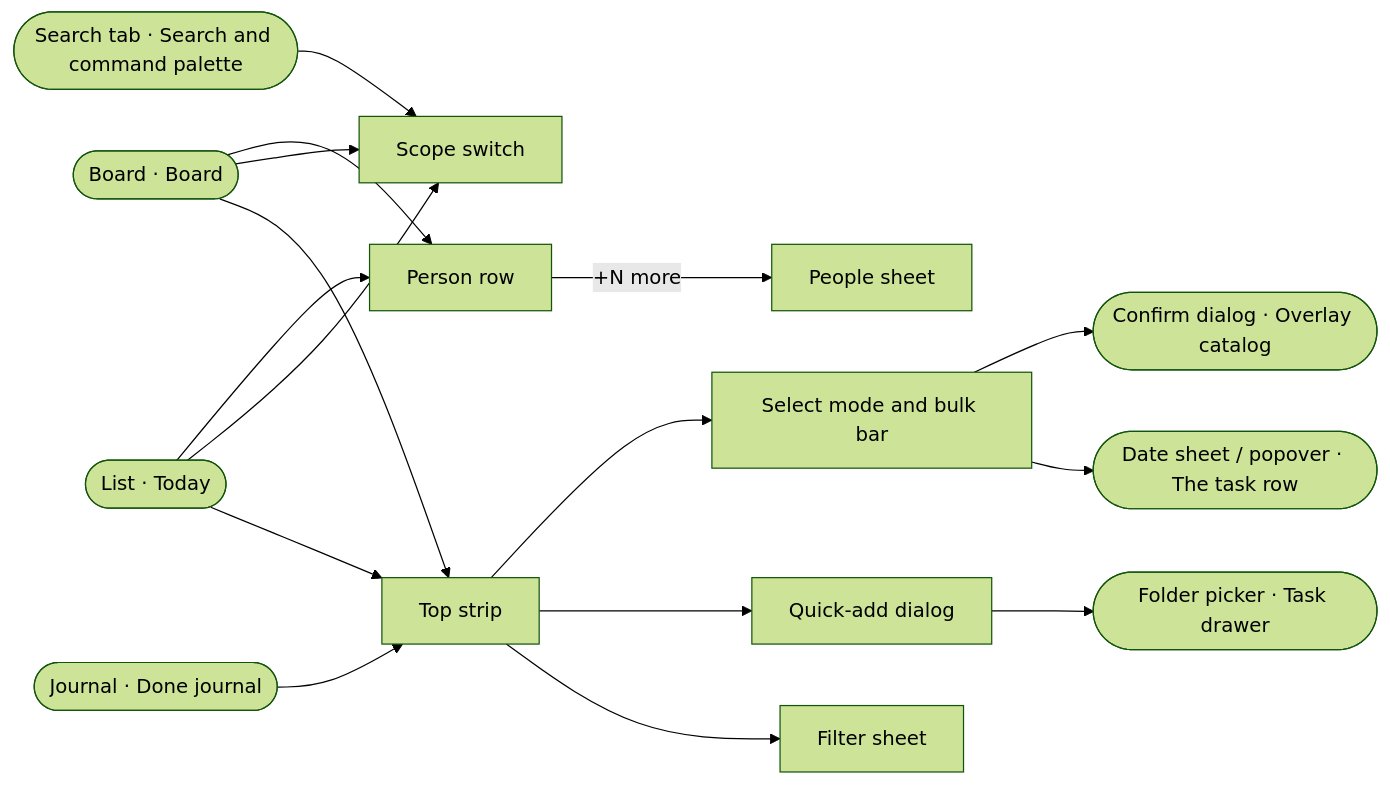
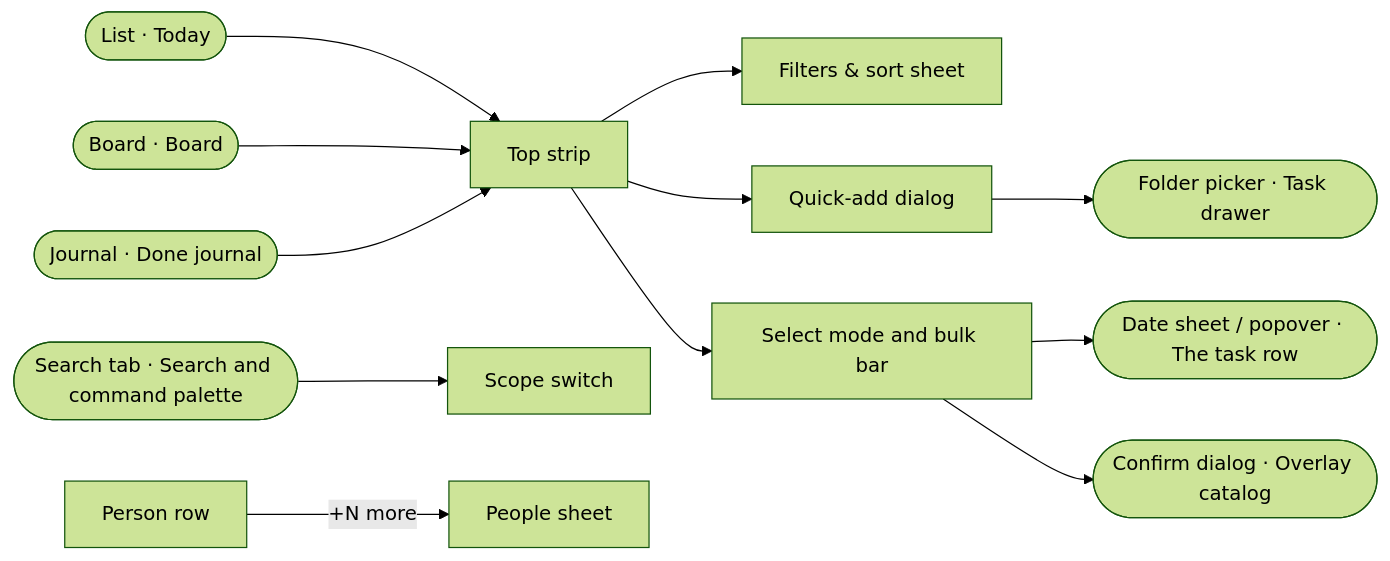
One commit to ferraroroberto/task-os changed the fourth of 12 diagrams in docs/ux-surface-map.md. Above: the diagram before and after it, drawn with Mermaid (forest theme). The commit also changed other lines of this file and 125 other files, not shown here.

First line of the commit message:
feat: Today and Board controls move into one Filters & sort sheet (part of #744) (#750)

````diff
--- a/docs/ux-surface-map.md
+++ b/docs/ux-surface-map.md
@@ -325,32 +305,28 @@
 ```mermaid
 flowchart LR
-  s15["Top strip"]
-  s16["Filter sheet"]
-  s17["Scope switch"]
-  s18["Person row"]
-  s19["People sheet"]
-  s20["Select mode and bulk bar"]
-  s21["Quick-add dialog"]
+  s14["Top strip"]
+  s15["Filters & sort sheet"]
+  s16["Scope switch"]
+  s17["Person row"]
+  s18["People sheet"]
+  s19["Select mode and bulk bar"]
+  s20["Quick-add dialog"]
   s6(["List · Today"])
   s9(["Board · Board"])
-  s26(["Date sheet / popover · The task row"])
-  s75(["Confirm dialog · Overlay catalog"])
-  s41(["Folder picker · Task drawer"])
-  s49(["Search tab · Search and command palette"])
-  s52(["Journal · Done journal"])
-  s6 --> s15
-  s6 --> s17
-  s6 --> s18
-  s9 --> s15
-  s9 --> s17
-  s9 --> s18
-  s15 --> s16
-  s15 --> s21
-  s15 --> s20
-  s18 -->|"+N more"| s19
-  s20 --> s26
-  s20 --> s75
-  s21 --> s41
-  s49 --> s17
-  s52 --> s15
+  s25(["Date sheet / popover · The task row"])
+  s74(["Confirm dialog · Overlay catalog"])
+  s40(["Folder picker · Task drawer"])
+  s48(["Search tab · Search and command palette"])
+  s51(["Journal · Done journal"])
+  s6 --> s14
+  s9 --> s14
+  s14 --> s15
+  s14 --> s20
+  s14 --> s19
+  s17 -->|"+N more"| s18
+  s19 --> s25
+  s19 --> s74
+  s20 --> s40
+  s48 --> s16
+  s51 --> s14
 ```
````
